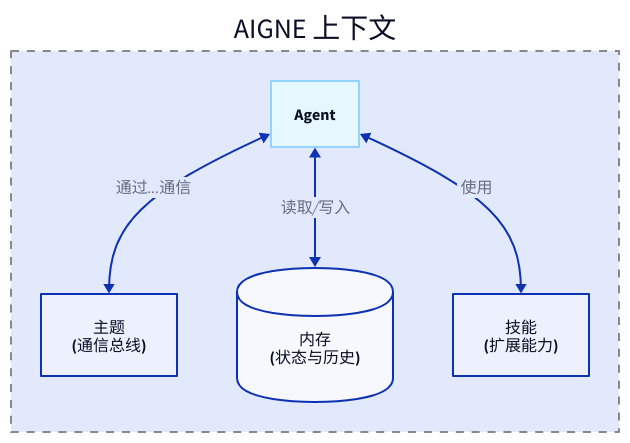
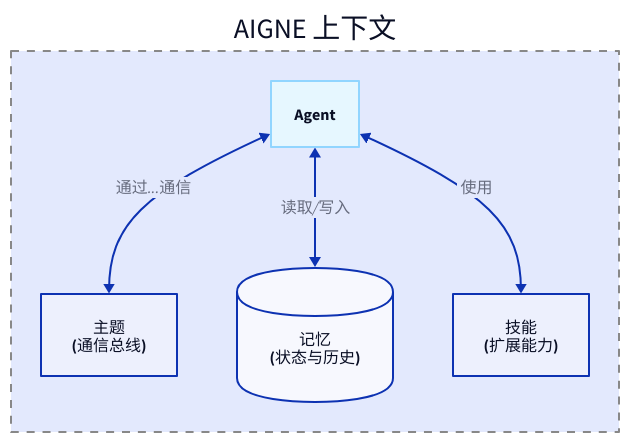
The diagram in .aigne/doc-smith/docs/reference-api.zh.md (AIGNE-io/aigne-framework), drawn with D2 before and after one commit. The commit also changed other lines of this file and 141 other files, not shown here.

````diff
--- a/.aigne/doc-smith/docs/reference-api.zh.md
+++ b/.aigne/doc-smith/docs/reference-api.zh.md
@@ -7,41 +7,41 @@
 ```d2
 direction: down
 
 AIGNE-Context: {
   label: "AIGNE 上下文"
   shape: rectangle
   style: {
     stroke: "#888"
     stroke-width: 2
     stroke-dash: 4
   }
 
   Agent: {
     label: "Agent"
     shape: rectangle
     style: {
       fill: "#e6f7ff"
       stroke: "#91d5ff"
     }
   }
 
   Topics: {
     label: "主题\n(通信总线)"
     shape: rectangle
   }
 
   Memory: {
-    label: "内存\n(状态与历史)"
+    label: "记忆\n(状态与历史)"
     shape: cylinder
   }
 
   Skills: {
     label: "技能\n(扩展能力)"
     shape: rectangle
   }
 }
 
 AIGNE-Context.Agent <-> AIGNE-Context.Topics: "通过...通信"
 AIGNE-Context.Agent <-> AIGNE-Context.Memory: "读取/写入"
 AIGNE-Context.Agent <-> AIGNE-Context.Skills: "使用"
 ```
````
